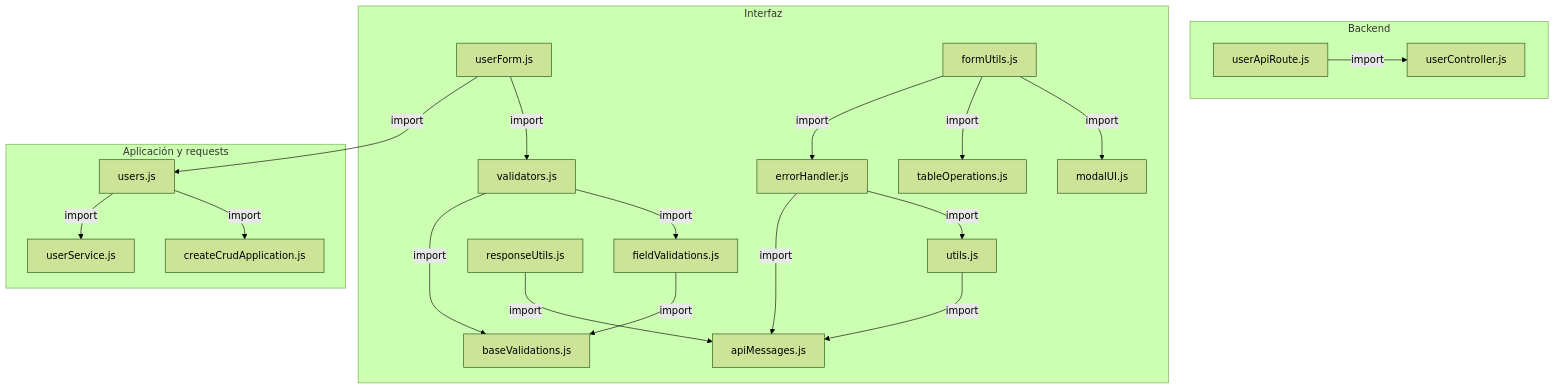
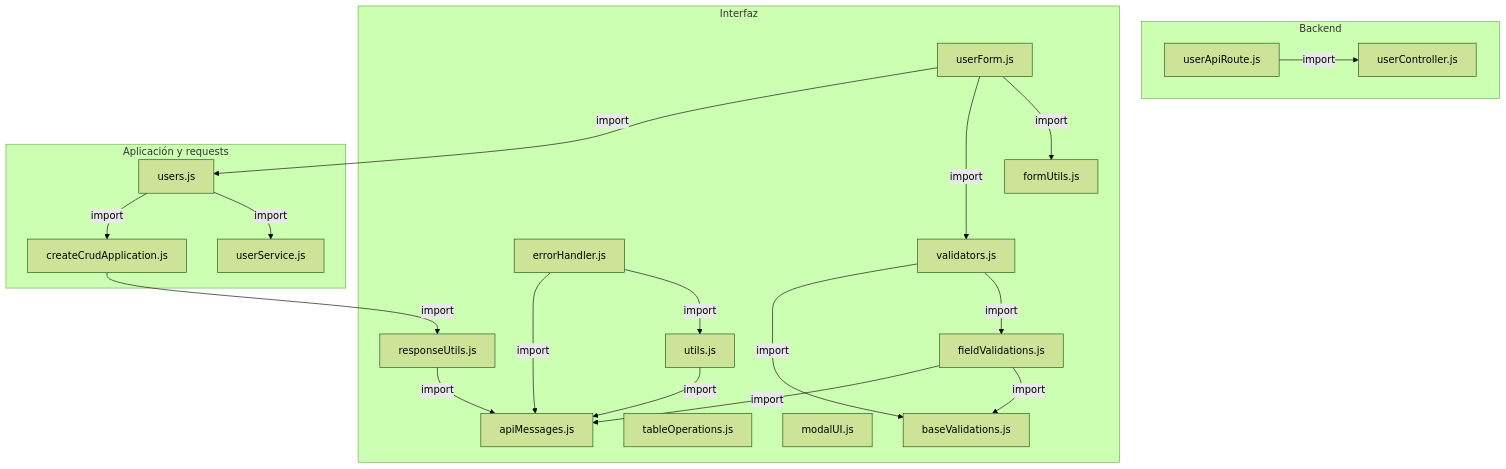
The first of 3 diagrams in docs/architecture/views/processes/frontend-code-sequences/identity-access/cu-ida-08.md (gpgsistemas01/nexus), drawn with Mermaid (forest theme) before and after one commit. The commit also changed other lines of this file and 200 other files, not shown here.

````diff
--- a/docs/architecture/views/processes/frontend-code-sequences/identity-access/cu-ida-08.md
+++ b/docs/architecture/views/processes/frontend-code-sequences/identity-access/cu-ida-08.md
@@ -55,40 +55,40 @@
 ```mermaid
 flowchart TB
     subgraph Component0["Backend"]
         FileUserController["userController.js"]
         Transport["userApiRoute.js"]
     end
     subgraph Component1["Interfaz"]
         FileErrorHandler["errorHandler.js"]
         FileUtils["utils.js"]
         FileApiMessages["apiMessages.js"]
         View["userForm.js"]
         FileTableOperations["tableOperations.js"]
         FileModalUI["modalUI.js"]
         FormUtils["formUtils.js"]
         FileResponseUtils["responseUtils.js"]
         FileBaseValidations["baseValidations.js"]
         FileFieldValidations["fieldValidations.js"]
         FileValidators["validators.js"]
     end
     subgraph Component2["Aplicación y requests"]
         FileUsers["users.js"]
         Application["createCrudApplication.js"]
         Request["userService.js"]
     end
+    Application -->|import| FileResponseUtils
     FileErrorHandler -->|import| FileApiMessages
     FileErrorHandler -->|import| FileUtils
+    FileFieldValidations -->|import| FileApiMessages
+    FileFieldValidations -->|import| FileBaseValidations
+    FileResponseUtils -->|import| FileApiMessages
+    FileUsers -->|import| Application
+    FileUsers -->|import| Request
     FileUtils -->|import| FileApiMessages
-    FileUsers -->|import| Request
-    FileUsers -->|import| Application
-    View -->|import| FileUsers
-    View -->|import| FileValidators
-    FormUtils -->|import| FileErrorHandler
-    FormUtils -->|import| FileTableOperations
-    FormUtils -->|import| FileModalUI
-    FileResponseUtils -->|import| FileApiMessages
-    FileFieldValidations -->|import| FileBaseValidations
     FileValidators -->|import| FileBaseValidations
     FileValidators -->|import| FileFieldValidations
     Transport -->|import| FileUserController
+    View -->|import| FileUsers
+    View -->|import| FileValidators
+    View -->|import| FormUtils
 ```
````
